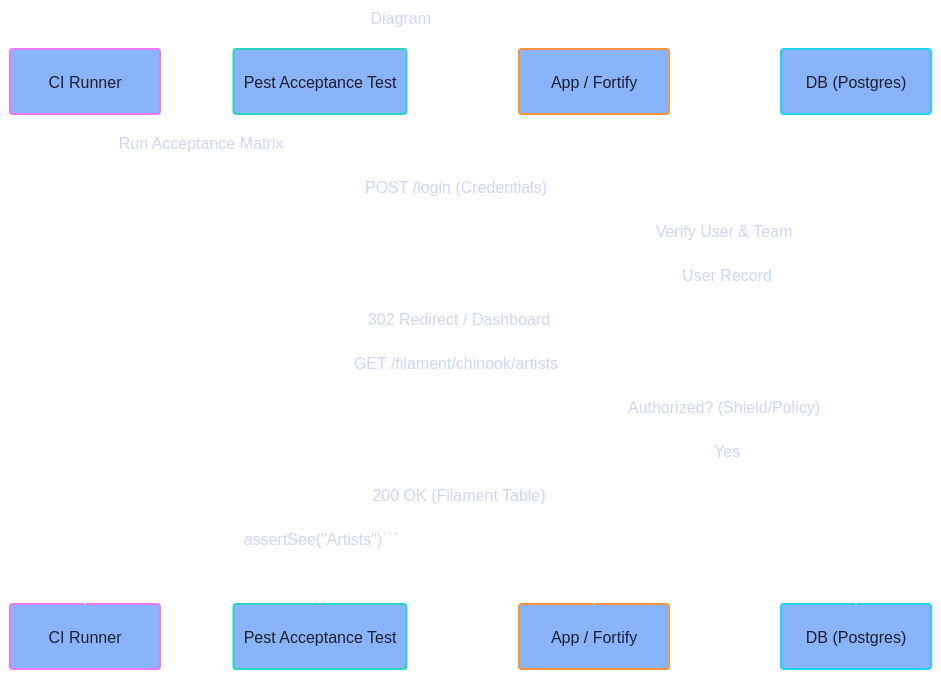
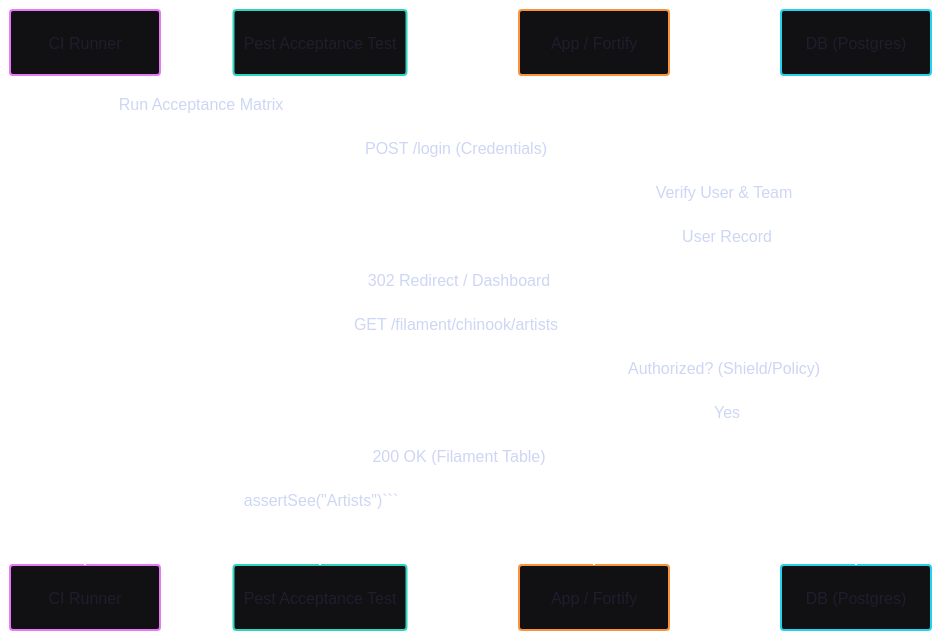
Before and after one commit to s-a-c/samples-20260717: the diagram in docs/18-testing/1804-acceptance-tests.md, drawn with Mermaid. The commit also changed other lines of this file and 2157 other files, not shown here.

`````diff
--- a/docs/18-testing/1804-acceptance-tests.md
+++ b/docs/18-testing/1804-acceptance-tests.md
@@ -78,64 +77,30 @@
 ````mermaid
 ---
-title: Diagram
 config:
   theme: redux-dark-color
   themeVariables:
     background: "#1e1e2e"
     primaryColor: "#89b4fa"
     primaryTextColor: "#1e1e2e"
     primaryBorderColor: "#74c7ec"
     lineColor: "#74c7ec"
-    secondaryColor: "#cba6f7"
-    secondaryTextColor: "#1e1e2e"
-    secondaryBorderColor: "#b4befe"
-    tertiaryColor: "#94e2d5"
-    tertiaryTextColor: "#1e1e2e"
-    tertiaryBorderColor: "#89dceb"
-    mainBkg: "#89b4fa"
-    secondBkg: "#cba6f7"
-    tertiaryBkg: "#94e2d5"
     textColor: "#cdd6f4"
-    nodeBorder: "#74c7ec"
-    clusterBkg: "#313244"
-    clusterBorder: "#b4befe"
-    edgeLabelBackground: "#1e1e2e"
-    titleColor: "#cdd6f4"
     fontSize: 16px
-  themeCSS: |
-    .node rect, .node circle, .node ellipse, .node polygon, .node path { stroke-width: 2px !important; }
-    .edgePath .path { stroke-width: 2px !important; }
-    .label { font-weight: bold !important; }
-    .edgeLabel { background-color: #1e1e2e !important; }
-  sequence:
-    actorBkg: "#313244"
-    actorBorder: "#74c7ec"
-    actorTextColor: "#cdd6f4"
-    actorLineColor: "#74c7ec"
-    signalColor: "#74c7ec"
-    signalTextColor: "#cdd6f4"
-    labelBoxBkgColor: "#45475a"
-    labelBoxBorderColor: "#b4befe"
-    labelTextColor: "#cdd6f4"
-    loopTextColor: "#cdd6f4"
-    noteBkgColor: "#fab387"
-    noteBorderColor: "#f9e2af"
-    noteTextColor: "#1e1e2e"
 ---
 sequenceDiagram
     participant C as CI Runner
     participant T as Pest Acceptance Test
     participant A as App / Fortify
     participant D as DB (Postgres)
 
     C->>T: Run Acceptance Matrix
     T->>A: POST /login (Credentials)
     A->>D: Verify User & Team
     D-->>A: User Record
     A-->>T: 302 Redirect / Dashboard
     T->>A: GET /filament/chinook/artists
     A->>D: Authorized? (Shield/Policy)
     D-->>A: Yes
     A-->>T: 200 OK (Filament Table)
     T->>T: assertSee("Artists")```
 ````
`````
